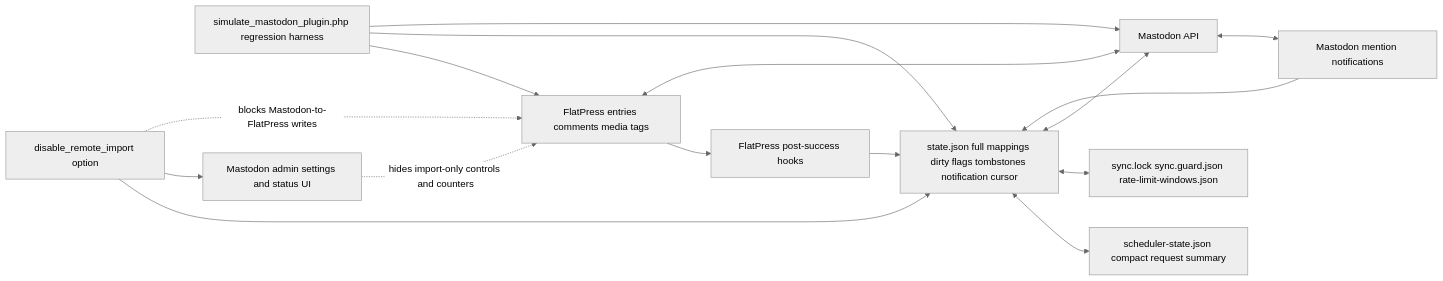
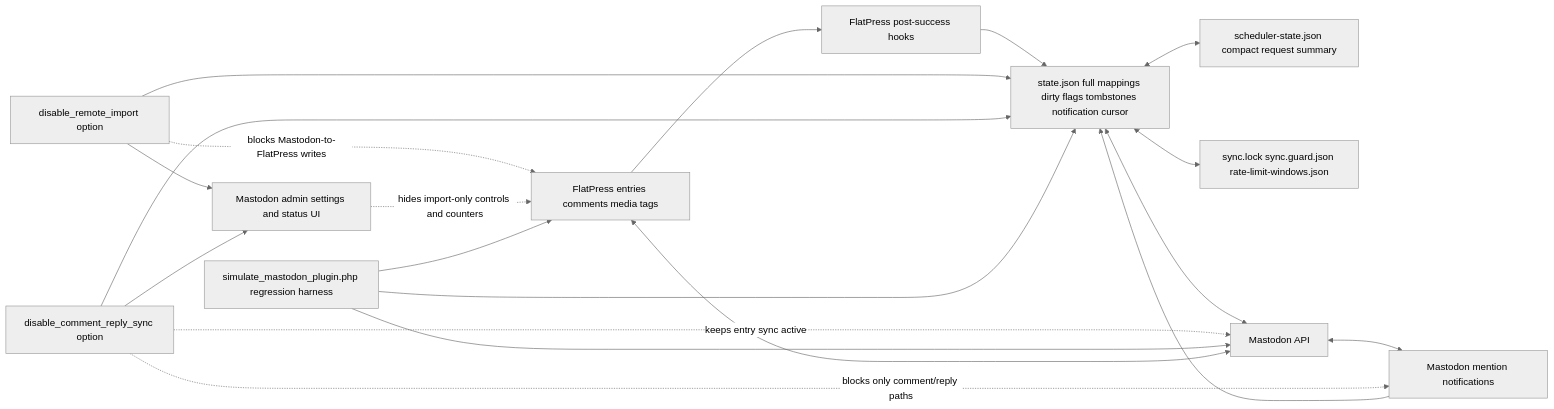
Before and after one commit to flatpressblog/flatpress: the diagram in fp-plugins/mastodon/developer-docs/00-Mental-Model.md, drawn with Mermaid (neutral theme). The commit also changed other lines of this file and 33 other files, not shown here.

````diff
--- a/fp-plugins/mastodon/developer-docs/00-Mental-Model.md
+++ b/fp-plugins/mastodon/developer-docs/00-Mental-Model.md
@@ -25,29 +27,34 @@
 ```mermaid
 flowchart LR
     FP[FlatPress entries comments media tags]
     Hooks[FlatPress post-success hooks]
     State[state.json full mappings dirty flags tombstones notification cursor]
     Scheduler[scheduler-state.json compact request summary]
     Guards[sync.lock sync.guard.json rate-limit-windows.json]
     Notifications[Mastodon mention notifications]
     API[Mastodon API]
     Sim[simulate_mastodon_plugin.php regression harness]
     AdminUI[Mastodon admin settings and status UI]
 
     FP --> Hooks
     Hooks --> State
     State <--> Scheduler
     State <--> Guards
     State <--> API
     API <--> Notifications
     Notifications --> State
     OneWay[disable_remote_import option]
+    CommentReplyGate[disable_comment_reply_sync option]
     API <--> FP
     OneWay --> State
     OneWay --> AdminUI
     OneWay -. blocks Mastodon-to-FlatPress writes .-> FP
+    CommentReplyGate --> State
+    CommentReplyGate --> AdminUI
+    CommentReplyGate -. blocks only comment/reply paths .-> Notifications
+    CommentReplyGate -. keeps entry sync active .-> API
     AdminUI -. hides import-only controls and counters .-> FP
     Sim --> FP
     Sim --> State
     Sim --> API
 ```
````
